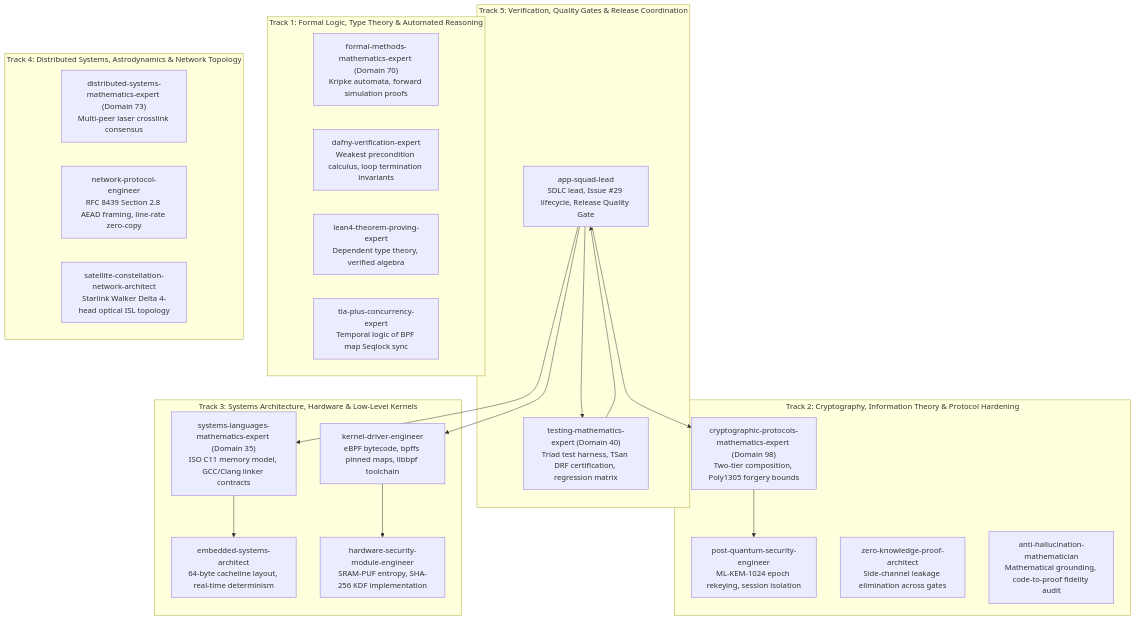
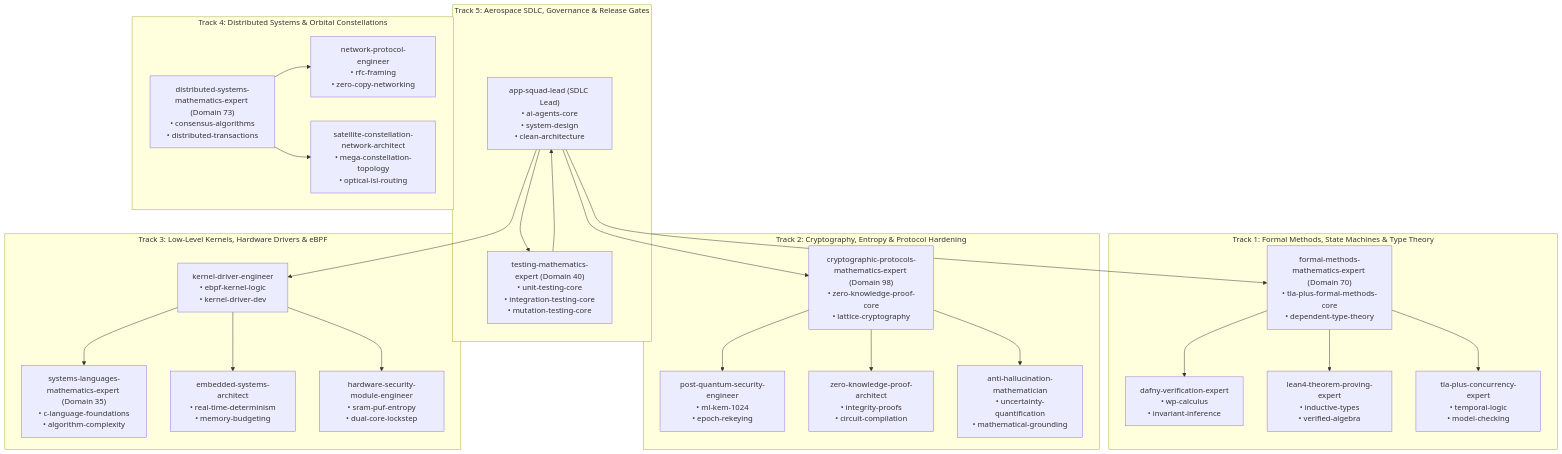
Before and after one commit to techdeveloper-org/starlink-research-report: the diagram in implementation_plan.md, drawn with Mermaid. The commit also changed other lines of this file and 6 other files, not shown here.

First line of the commit message:
fix(test): use non-zero distinct key for Phase I eBPF shared map integration test (#30)

````diff
--- a/implementation_plan.md
+++ b/implementation_plan.md
@@ -148,43 +83,51 @@
 ```mermaid
 graph TD
-    subgraph "Track 5: Verification, Quality Gates & Release Coordination"
-        ASL["app-squad-lead<br/>SDLC lead, Issue #29 lifecycle, Release Quality Gate"]
-        TM["testing-mathematics-expert (Domain 40)<br/>Triad test harness, TSan DRF certification, regression matrix"]
+    subgraph "Track 5: Aerospace SDLC, Governance & Release Gates"
+        ASL["app-squad-lead (SDLC Lead)<br/>• ai-agents-core<br/>• system-design<br/>• clean-architecture"]
+        TM["testing-mathematics-expert (Domain 40)<br/>• unit-testing-core<br/>• integration-testing-core<br/>• mutation-testing-core"]
     end
 
-    subgraph "Track 1: Formal Logic, Type Theory & Automated Reasoning"
-        FM["formal-methods-mathematics-expert (Domain 70)<br/>Kripke automata, forward simulation proofs"]
-        DVE["dafny-verification-expert<br/>Weakest precondition calculus, loop termination invariants"]
-        L4E["lean4-theorem-proving-expert<br/>Dependent type theory, verified algebra"]
-        TLA["tla-plus-concurrency-expert<br/>Temporal logic of BPF map Seqlock sync"]
+    subgraph "Track 1: Formal Methods, State Machines & Type Theory"
+        FM["formal-methods-mathematics-expert (Domain 70)<br/>• tla-plus-formal-methods-core<br/>• dependent-type-theory"]
+        DVE["dafny-verification-expert<br/>• wp-calculus<br/>• invariant-inference"]
+        L4E["lean4-theorem-proving-expert<br/>• inductive-types<br/>• verified-algebra"]
+        TLA["tla-plus-concurrency-expert<br/>• temporal-logic<br/>• model-checking"]
     end
 
-    subgraph "Track 2: Cryptography, Information Theory & Protocol Hardening"
-        CP["cryptographic-protocols-mathematics-expert (Domain 98)<br/>Two-tier composition, Poly1305 forgery bounds"]
-        PQ["post-quantum-security-engineer<br/>ML-KEM-1024 epoch rekeying, session isolation"]
-        ZK["zero-knowledge-proof-architect<br/>Side-channel leakage elimination across gates"]
-        AH["anti-hallucination-mathematician<br/>Mathematical grounding, code-to-proof fidelity audit"]
+    subgraph "Track 2: Cryptography, Entropy & Protocol Hardening"
+        CP["cryptographic-protocols-mathematics-expert (Domain 98)<br/>• zero-knowledge-proof-core<br/>• lattice-cryptography"]
+        PQ["post-quantum-security-engineer<br/>• ml-kem-1024<br/>• epoch-rekeying"]
+        ZK["zero-knowledge-proof-architect<br/>• integrity-proofs<br/>• circuit-compilation"]
+        AH["anti-hallucination-mathematician<br/>• uncertainty-quantification<br/>• mathematical-grounding"]
     end
 
-    subgraph "Track 3: Systems Architecture, Hardware & Low-Level Kernels"
-        SL["systems-languages-mathematics-expert (Domain 35)<br/>ISO C11 memory model, GCC/Clang linker contracts"]
-        KD["kernel-driver-engineer<br/>eBPF bytecode, bpffs pinned maps, libbpf toolchain"]
-        ESA["embedded-systems-architect<br/>64-byte cacheline layout, real-time determinism"]
-        HSM["hardware-security-module-engineer<br/>SRAM-PUF entropy, SHA-256 KDF implementation"]
+    subgraph "Track 3: Low-Level Kernels, Hardware Drivers & eBPF"
+        SL["systems-languages-mathematics-expert (Domain 35)<br/>• c-language-foundations<br/>• algorithm-complexity"]
+        KD["kernel-driver-engineer<br/>• ebpf-kernel-logic<br/>• kernel-driver-dev"]
+        ESA["embedded-systems-architect<br/>• real-time-determinism<br/>• memory-budgeting"]
+        HSM["hardware-security-module-engineer<br/>• sram-puf-entropy<br/>• dual-core-lockstep"]
     end
 
-    subgraph "Track 4: Distributed Systems, Astrodynamics & Network Topology"
-        DS["distributed-systems-mathematics-expert (Domain 73)<br/>Multi-peer laser crosslink consensus"]
-        NPE["network-protocol-engineer<br/>RFC 8439 Section 2.8 AEAD framing, line-rate zero-copy"]
-        SNA["satellite-constellation-network-architect<br/>Starlink Walker Delta 4-head optical ISL topology"]
+    subgraph "Track 4: Distributed Systems & Orbital Constellations"
+        DS["distributed-systems-mathematics-expert (Domain 73)<br/>• consensus-algorithms<br/>• distributed-transactions"]
+        NPE["network-protocol-engineer<br/>• rfc-framing<br/>• zero-copy-networking"]
+        SNA["satellite-constellation-network-architect<br/>• mega-constellation-topology<br/>• optical-isl-routing"]
     end
 
     ASL --> KD
     ASL --> CP
-    ASL --> SL
     ASL --> TM
+    ASL --> FM
+    KD --> SL
+    KD --> ESA
     KD --> HSM
     CP --> PQ
-    SL --> ESA
+    CP --> ZK
+    CP --> AH
+    FM --> DVE
+    FM --> L4E
+    FM --> TLA
+    DS --> NPE
+    DS --> SNA
     TM --> ASL
 ```
````
